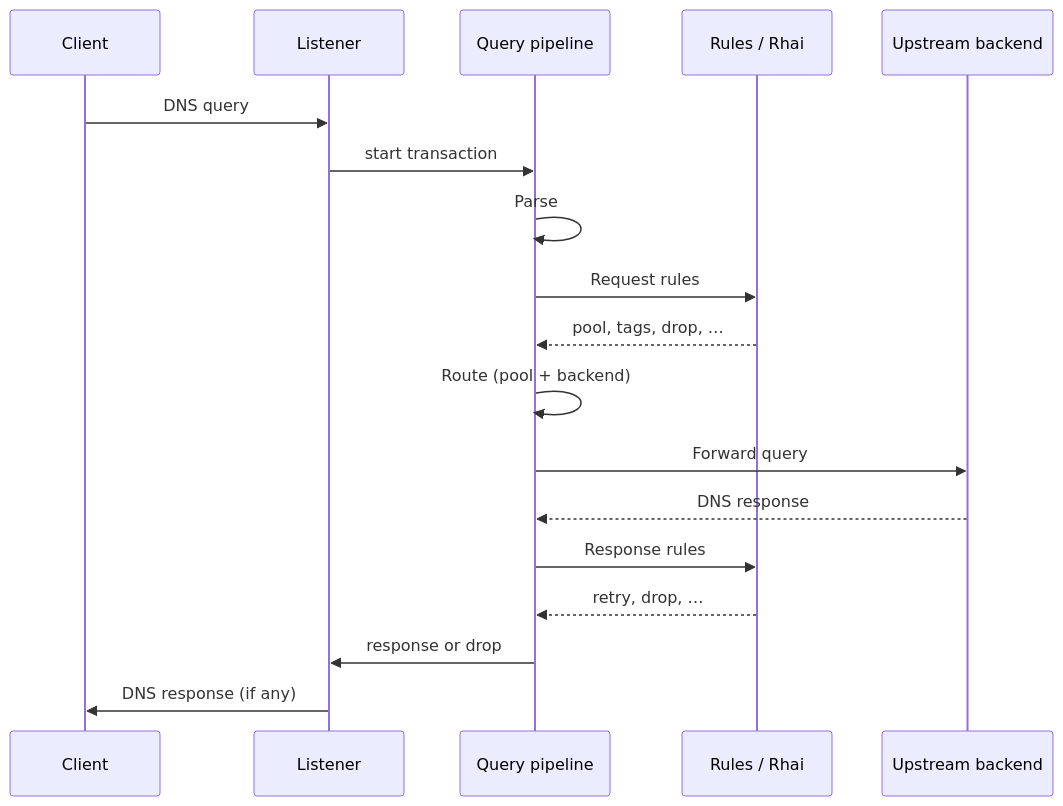
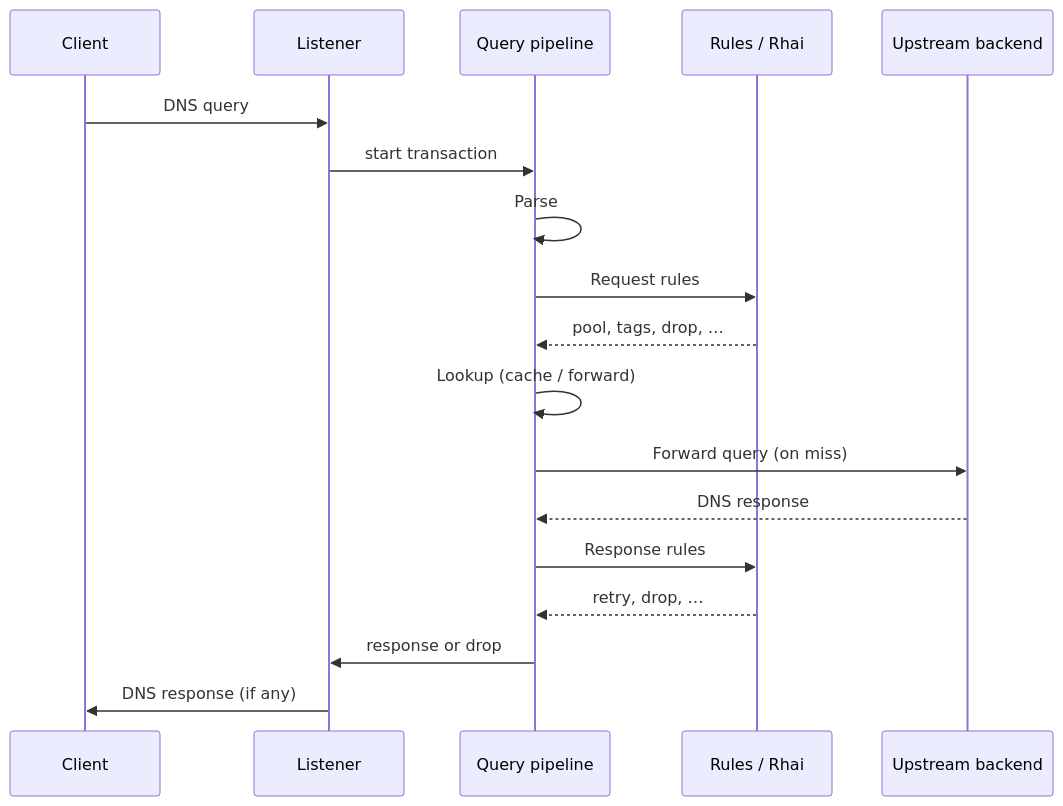
Before and after one commit to egon1024/DNSConduit: the second of 4 diagrams in operator-docs/docs/concepts/architecture-and-packet-path.md, drawn with Mermaid. The commit also changed other lines of this file and 50 other files, not shown here.

First line of the commit message:
Unify DNS answer-cache keys across UDP/TCP and finish lookup operator docs.

````diff
--- a/operator-docs/docs/concepts/architecture-and-packet-path.md
+++ b/operator-docs/docs/concepts/architecture-and-packet-path.md
@@ -61,21 +55,21 @@
 ```mermaid
 sequenceDiagram
   participant Client
   participant Listener as Listener
   participant Pipeline as Query pipeline
   participant Rules as Rules / Rhai
   participant Upstream as Upstream backend
 
   Client->>Listener: DNS query
   Listener->>Pipeline: start transaction
   Pipeline->>Pipeline: Parse
   Pipeline->>Rules: Request rules
   Rules-->>Pipeline: pool, tags, drop, …
-  Pipeline->>Pipeline: Route (pool + backend)
-  Pipeline->>Upstream: Forward query
+  Pipeline->>Pipeline: Lookup (cache / forward)
+  Pipeline->>Upstream: Forward query (on miss)
   Upstream-->>Pipeline: DNS response
   Pipeline->>Rules: Response rules
   Rules-->>Pipeline: retry, drop, …
   Pipeline->>Listener: response or drop
   Listener->>Client: DNS response (if any)
 ```
````
